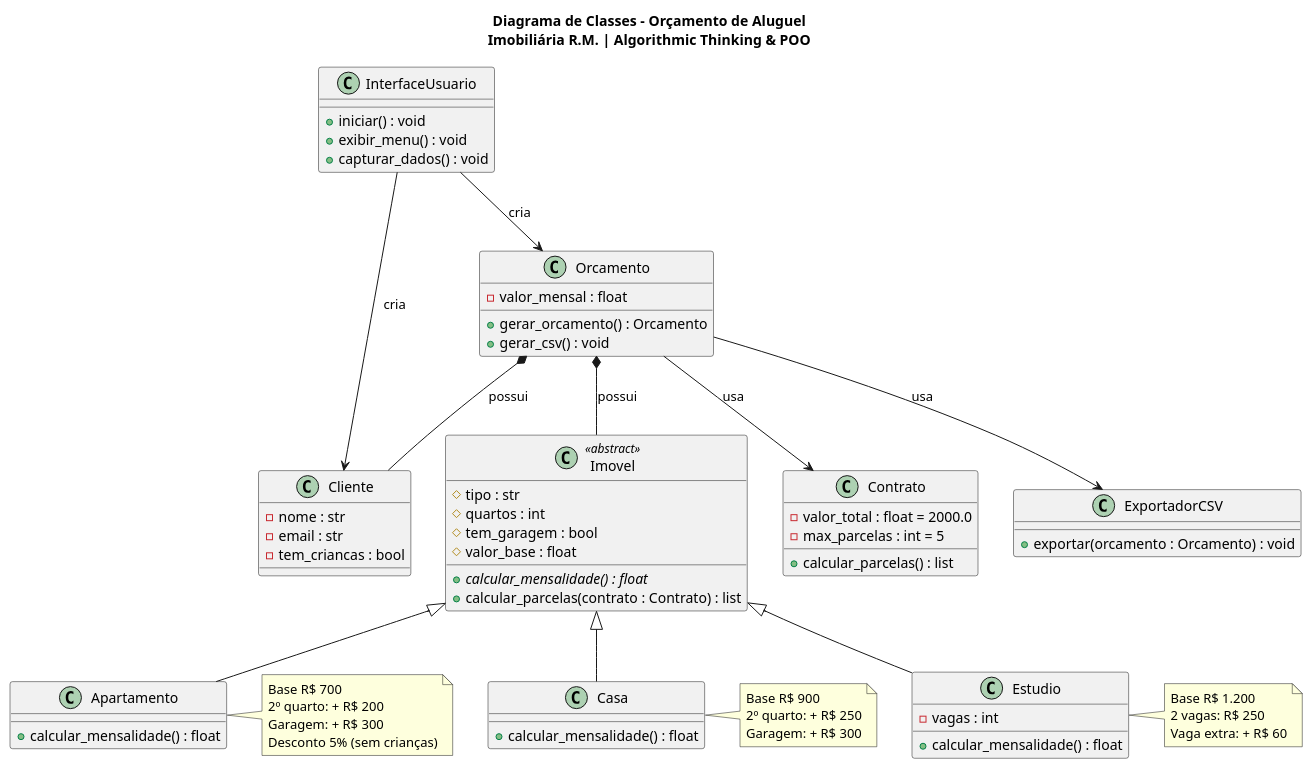
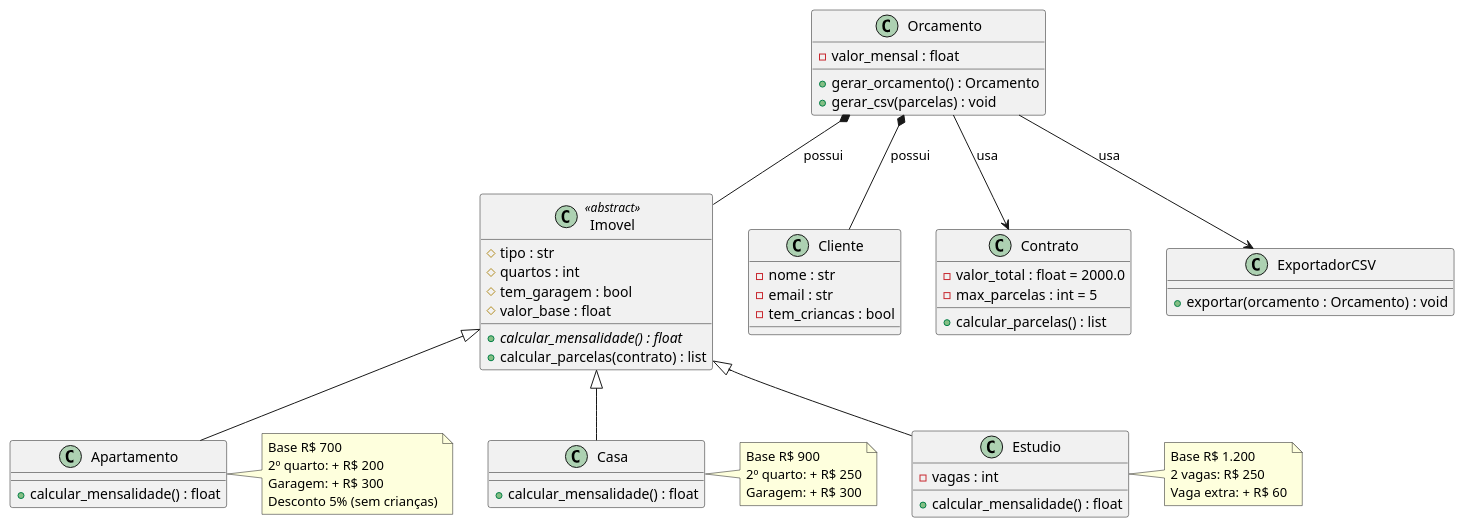
One commit to gleydson-sena/202607_Algorithimic_Thinking changed the diagram in documents/diagrama_classes.puml. Above: the diagram before and after it, drawn with PlantUML. The commit also changed 1 other file, not shown here.

```diff
--- a/documents/diagrama_classes.puml
+++ b/documents/diagrama_classes.puml
@@ -1,88 +1,80 @@
 @startuml
-title Diagrama de Classes - Orçamento de Aluguel\nImobiliária R.M. | Algorithmic Thinking & POO
+' ============================================================
+' Diagrama de Classes - Sistema de Orçamento de Aluguel
+' Imobiliária R.M. | Algorithmic Thinking & POO
+' ============================================================
 
-' ===== Domínio =====
 class Imovel <<abstract>> {
   # tipo : str
   # quartos : int
   # tem_garagem : bool
   # valor_base : float
   + {abstract} calcular_mensalidade() : float
-  + calcular_parcelas(contrato : Contrato) : list
+  + calcular_parcelas(contrato) : list
 }
 
 class Apartamento {
   + calcular_mensalidade() : float
 }
 
 class Casa {
   + calcular_mensalidade() : float
 }
 
 class Estudio {
   - vagas : int
   + calcular_mensalidade() : float
 }
 
-' ===== Apoio =====
 class Cliente {
   - nome : str
   - email : str
   - tem_criancas : bool
 }
 
 class Contrato {
   - valor_total : float = 2000.0
   - max_parcelas : int = 5
   + calcular_parcelas() : list
 }
 
 class Orcamento {
   - valor_mensal : float
   + gerar_orcamento() : Orcamento
-  + gerar_csv() : void
+  + gerar_csv(parcelas) : void
 }
 
 class ExportadorCSV {
   + exportar(orcamento : Orcamento) : void
 }
 
-' ===== Aplicação =====
-class InterfaceUsuario {
-  + iniciar() : void
-  + exibir_menu() : void
-  + capturar_dados() : void
-}
-
-' ===== Regras de negócio =====
+' --- Regras de negócio embutidas no diagrama ---
 note right of Apartamento
   Base R$ 700
   2º quarto: + R$ 200
   Garagem: + R$ 300
   Desconto 5% (sem crianças)
 end note
 
 note right of Casa
   Base R$ 900
   2º quarto: + R$ 250
   Garagem: + R$ 300
 end note
 
 note right of Estudio
   Base R$ 1.200
   2 vagas: R$ 250
   Vaga extra: + R$ 60
 end note
 
-' ===== Relacionamentos =====
+' --- Relacionamentos ---
 Imovel <|-- Apartamento
 Imovel <|-- Casa
 Imovel <|-- Estudio
 Orcamento *-- Imovel : possui
 Orcamento *-- Cliente : possui
 Orcamento --> Contrato : usa
 Orcamento --> ExportadorCSV : usa
-InterfaceUsuario --> Orcamento : cria
-InterfaceUsuario --> Cliente : cria
 
 @enduml
```
